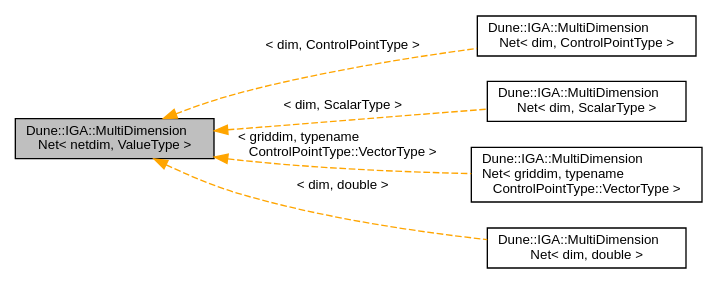
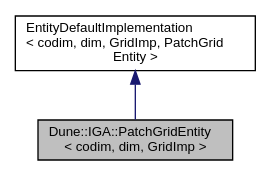
Before and after one commit to rath3t/dune-iga-doc: the diagram in d8/d53/a01225.dot, drawn with Graphviz. The commit also changed 1636 other files, not shown here.

Commit message:
deploy: rath3t/dune-iga@0dc5b20bcd5bd6b8e38b3e25e9ffedadfcd46ecb

```diff
--- a/d8/d53/a01225.dot
+++ b/d8/d53/a01225.dot
@@ -1,16 +1,9 @@
-digraph "Dune::IGA::MultiDimensionNet&lt; netdim, ValueType &gt;"
+digraph "Dune::IGA::PatchGridEntity&lt; codim, dim, GridImp &gt;"
 {
  // LATEX_PDF_SIZE
   edge [fontname="Helvetica",fontsize="10",labelfontname="Helvetica",labelfontsize="10"];
   node [fontname="Helvetica",fontsize="10",shape=record];
-  rankdir="LR";
-  Node1 [label="Dune::IGA::MultiDimension\lNet\< netdim, ValueType \>",height=0.2,width=0.4,color="black", fillcolor="grey75", style="filled", fontcolor="black",tooltip="class holds a n-dim net"];
-  Node1 -> Node2 [dir="back",color="orange",fontsize="10",style="dashed",label=" \< dim, ControlPointType \>" ,fontname="Helvetica"];
-  Node2 [label="Dune::IGA::MultiDimension\lNet\< dim, ControlPointType \>",height=0.2,width=0.4,color="black", fillcolor="white", style="filled",URL="$dd/d9e/a01226.html",tooltip=" "];
-  Node1 -> Node3 [dir="back",color="orange",fontsize="10",style="dashed",label=" \< dim, ScalarType \>" ,fontname="Helvetica"];
-  Node3 [label="Dune::IGA::MultiDimension\lNet\< dim, ScalarType \>",height=0.2,width=0.4,color="black", fillcolor="white", style="filled",URL="$dd/d9e/a01226.html",tooltip=" "];
-  Node1 -> Node4 [dir="back",color="orange",fontsize="10",style="dashed",label=" \< griddim, typename\l ControlPointType::VectorType \>" ,fontname="Helvetica"];
-  Node4 [label="Dune::IGA::MultiDimension\lNet\< griddim, typename\l ControlPointType::VectorType \>",height=0.2,width=0.4,color="black", fillcolor="white", style="filled",URL="$dd/d9e/a01226.html",tooltip=" "];
-  Node1 -> Node5 [dir="back",color="orange",fontsize="10",style="dashed",label=" \< dim, double \>" ,fontname="Helvetica"];
-  Node5 [label="Dune::IGA::MultiDimension\lNet\< dim, double \>",height=0.2,width=0.4,color="black", fillcolor="white", style="filled",URL="$dd/d9e/a01226.html",tooltip=" "];
+  Node1 [label="Dune::IGA::PatchGridEntity\l\< codim, dim, GridImp \>",height=0.2,width=0.4,color="black", fillcolor="grey75", style="filled", fontcolor="black",tooltip="The implementation of entities in a PatchGrid."];
+  Node2 -> Node1 [dir="back",color="midnightblue",fontsize="10",style="solid",fontname="Helvetica"];
+  Node2 [label="EntityDefaultImplementation\l\< codim, dim, GridImp, PatchGrid\lEntity \>",height=0.2,width=0.4,color="black", fillcolor="white", style="filled",tooltip=" "];
 }
```
